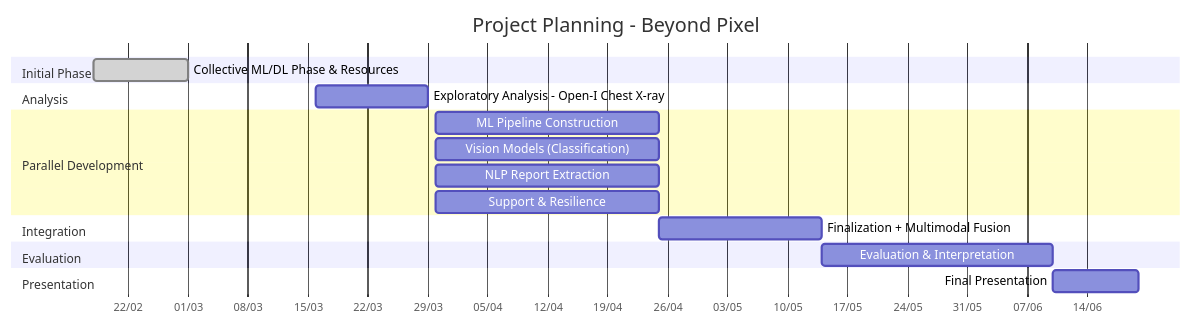
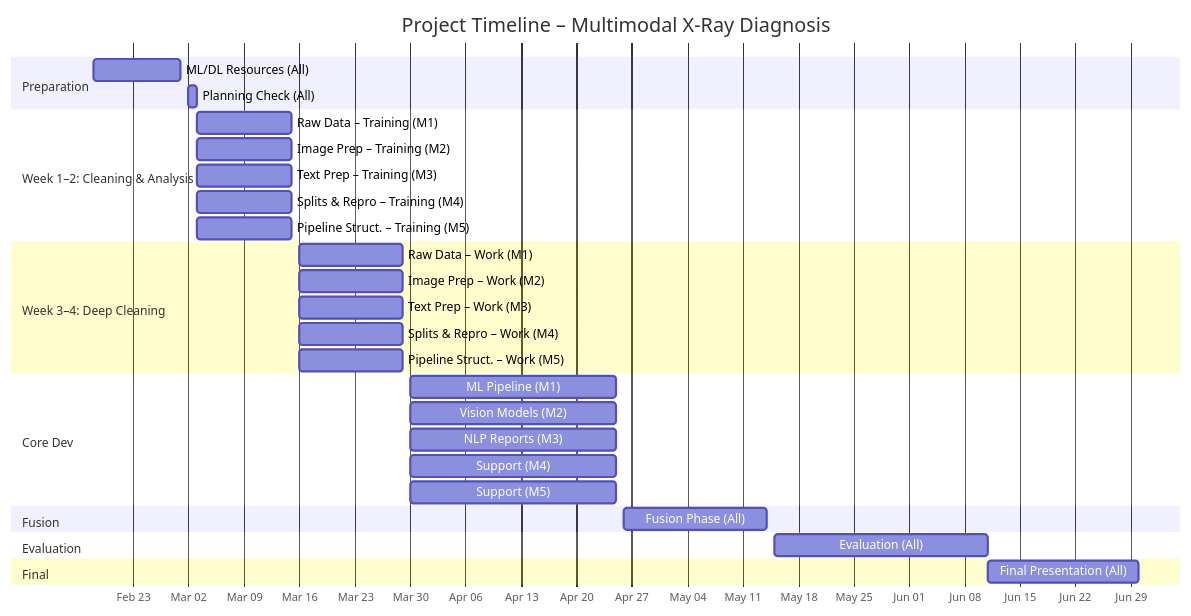
One commit to chaotiquetaurus/Open-i_chestxray_multimodal changed the diagram in Diagramme_planning.md. Above: the diagram before and after it, drawn with Mermaid. The commit also changed other lines of this file, not shown here.

Commit message:
compétion planning

````diff
--- a/Diagramme_planning.md
+++ b/Diagramme_planning.md
@@ -1,27 +1,40 @@
 ```mermaid
 gantt
-    title Project Planning - Beyond Pixel
+    title Project Timeline – Multimodal X‑Ray Diagnosis
     dateFormat  YYYY-MM-DD
-    axisFormat  %d/%m
+    axisFormat  %b %d
 
-    section Initial Phase
-    Collective ML/DL Phase & Resources         :done, p1, 2026-02-18, 2026-03-01
+    section Preparation
+    ML/DL Resources (All)            :a1, 2025-02-18, 2025-03-01
+    Planning Check (All)             :a2, 2025-03-02, 1d
 
-    section Analysis
-    Exploratory Analysis - Open-I Chest X-ray  :p2, 2026-03-16, 2026-03-29
+    section Week 1–2: Cleaning & Analysis
+    Raw Data – Training (M1)         :m1a, 2025-03-03, 2025-03-15
+    Image Prep – Training (M2)       :m2a, 2025-03-03, 2025-03-15
+    Text Prep – Training (M3)        :m3a, 2025-03-03, 2025-03-15
+    Splits & Repro – Training (M4)   :m4a, 2025-03-03, 2025-03-15
+    Pipeline Struct. – Training (M5) :m5a, 2025-03-03, 2025-03-15
 
-    section Parallel Development
-    ML Pipeline Construction                   :p3, 2026-03-30, 2026-04-25
-    Vision Models (Classification)             :p4, 2026-03-30, 2026-04-25
-    NLP Report Extraction                      :p5, 2026-03-30, 2026-04-25
-    Support & Resilience                       :p6, 2026-03-30, 2026-04-25
+    section Week 3–4: Deep Cleaning
+    Raw Data – Work (M1)             :m1b, 2025-03-16, 2025-03-29
+    Image Prep – Work (M2)           :m2b, 2025-03-16, 2025-03-29
+    Text Prep – Work (M3)            :m3b, 2025-03-16, 2025-03-29
+    Splits & Repro – Work (M4)       :m4b, 2025-03-16, 2025-03-29
+    Pipeline Struct. – Work (M5)     :m5b, 2025-03-16, 2025-03-29
 
-    section Integration
-    Finalization + Multimodal Fusion           :p7, after p3, 19d
+    section Core Dev
+    ML Pipeline (M1)                 :m1c, 2025-03-30, 2025-04-25
+    Vision Models (M2)               :m2c, 2025-03-30, 2025-04-25
+    NLP Reports (M3)                 :m3c, 2025-03-30, 2025-04-25
+    Support (M4)                     :m4c, 2025-03-30, 2025-04-25
+    Support (M5)                     :m5c, 2025-03-30, 2025-04-25
+
+    section Fusion
+    Fusion Phase (All)               :fusion, 2025-04-26, 2025-05-14
 
     section Evaluation
-    Evaluation & Interpretation                :p8, after p7, 27d
+    Evaluation (All)                 :eval, 2025-05-15, 2025-06-11
 
-    section Presentation
-    Final Presentation                         :p9, after p8, 10d
+    section Final
+    Final Presentation (All)         :present, 2025-06-11, 2025-06-30
 ```
````
